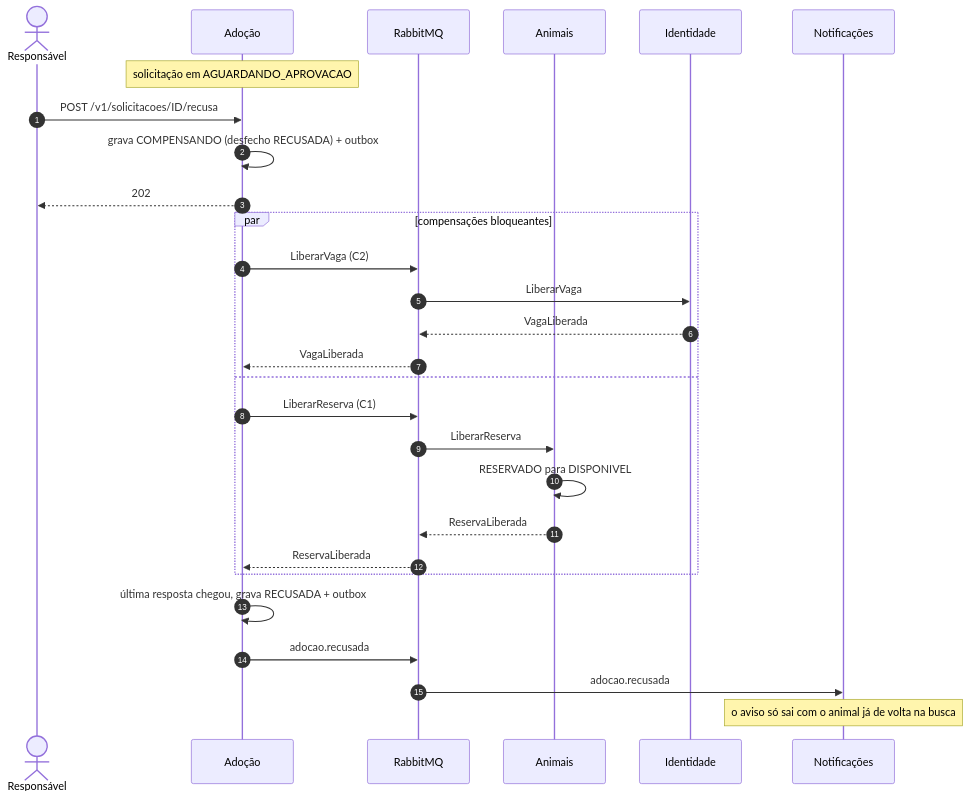
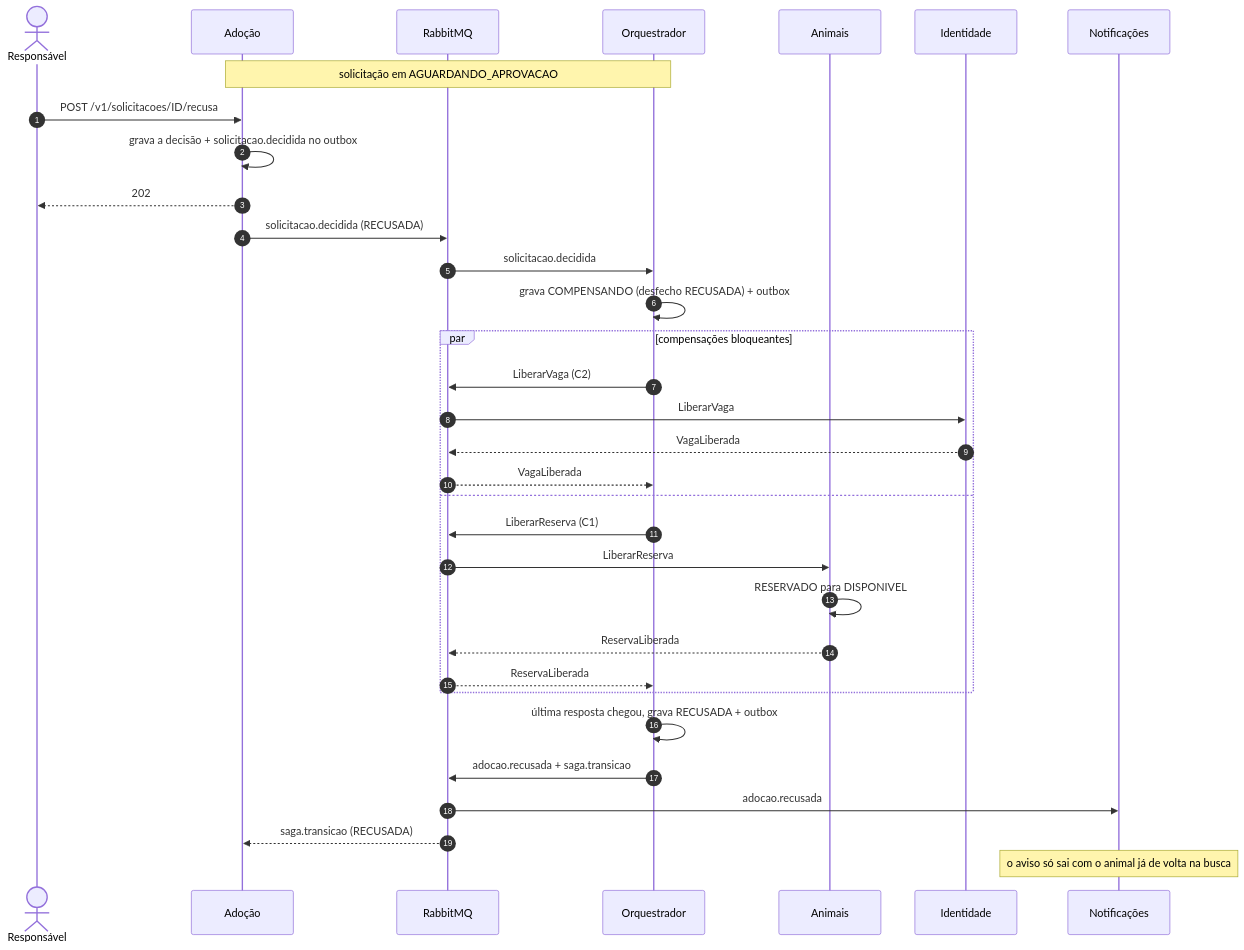
Before and after one commit to gxbreus/ampara: the fourth of 5 diagrams in docs/saga.md, drawn with Mermaid. The commit also changed other lines of this file and 6 other files, not shown here.

First line of the commit message:
docs: descreve a SAGA com o Orquestrador e cataloga as mensagens novas (#139)

````diff
--- a/docs/saga.md
+++ b/docs/saga.md
@@ -224,31 +237,36 @@
 ```mermaid
 sequenceDiagram
     autonumber
     actor RE as Responsável
     participant AD as Adoção
     participant MQ as RabbitMQ
+    participant OR as Orquestrador
     participant AN as Animais
     participant ID as Identidade
     participant NO as Notificações
 
-    Note over AD: solicitação em AGUARDANDO_APROVACAO
+    Note over AD,OR: solicitação em AGUARDANDO_APROVACAO
     RE->>AD: POST /v1/solicitacoes/ID/recusa
-    AD->>AD: grava COMPENSANDO (desfecho RECUSADA) + outbox
+    AD->>AD: grava a decisão + solicitacao.decidida no outbox
     AD-->>RE: 202
+    AD->>MQ: solicitacao.decidida (RECUSADA)
+    MQ->>OR: solicitacao.decidida
+    OR->>OR: grava COMPENSANDO (desfecho RECUSADA) + outbox
     par compensações bloqueantes
-        AD->>MQ: LiberarVaga (C2)
+        OR->>MQ: LiberarVaga (C2)
         MQ->>ID: LiberarVaga
         ID-->>MQ: VagaLiberada
-        MQ-->>AD: VagaLiberada
+        MQ-->>OR: VagaLiberada
     and
-        AD->>MQ: LiberarReserva (C1)
+        OR->>MQ: LiberarReserva (C1)
         MQ->>AN: LiberarReserva
         AN->>AN: RESERVADO para DISPONIVEL
         AN-->>MQ: ReservaLiberada
-        MQ-->>AD: ReservaLiberada
+        MQ-->>OR: ReservaLiberada
     end
-    AD->>AD: última resposta chegou, grava RECUSADA + outbox
-    AD->>MQ: adocao.recusada
+    OR->>OR: última resposta chegou, grava RECUSADA + outbox
+    OR->>MQ: adocao.recusada + saga.transicao
     MQ->>NO: adocao.recusada
+    MQ-->>AD: saga.transicao (RECUSADA)
     Note over NO: o aviso só sai com o animal já de volta na busca
 ```
````
